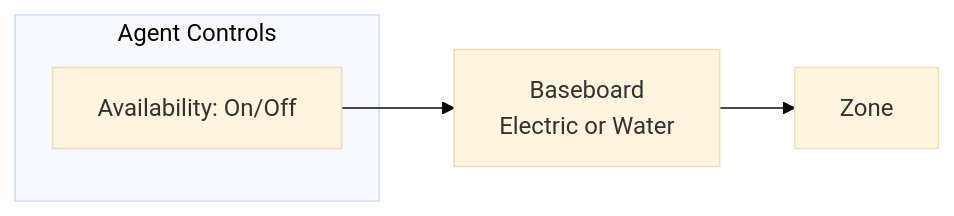
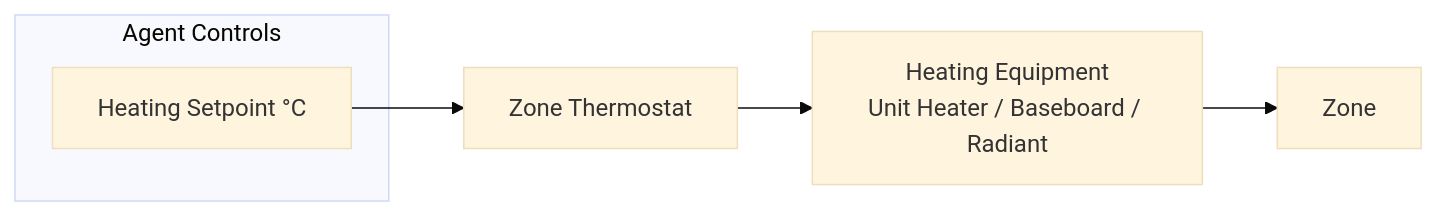
The third of 4 diagrams in docs/guide/hvac-systems.md (vtaboga/building2building), drawn with Mermaid (base theme) before and after one commit. The commit also changed other lines of this file and 19 other files, not shown here.

````diff
--- a/docs/guide/hvac-systems.md
+++ b/docs/guide/hvac-systems.md
@@ -140,8 +142,8 @@
 ```mermaid
 flowchart LR
-    B[Baseboard<br/>Electric or Water] --> Z[Zone]
+    H[Heating Equipment<br/>Unit Heater / Baseboard / Radiant] --> Z[Zone]
     subgraph Agent Controls
-        A[Availability: On/Off]
+        SP[Heating Setpoint °C]
     end
-    A --> B
+    SP --> T[Zone Thermostat] --> H
 ```
````
